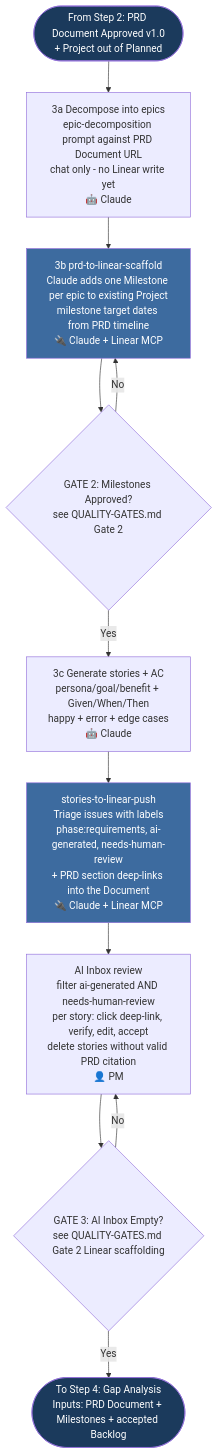
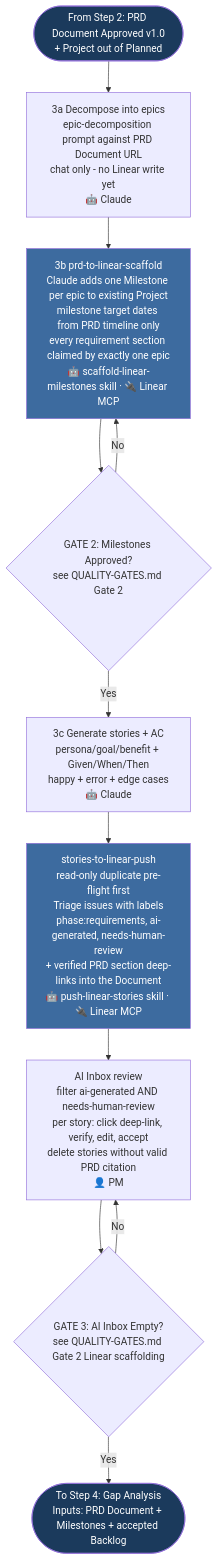
The fourth of 6 diagrams in aidlc-phases/01-requirement-gathering/FLOWCHART.md (kalpat-allion/ai-dlc), drawn with Mermaid before and after one commit. The commit also changed other lines of this file and 14 other files, not shown here.

````diff
--- a/aidlc-phases/01-requirement-gathering/FLOWCHART.md
+++ b/aidlc-phases/01-requirement-gathering/FLOWCHART.md
@@ -129,23 +129,23 @@
 ```mermaid
 flowchart TD
     S_IN([From Step 2: PRD Document Approved v1.0<br/>+ Project out of Planned]) --> S3A
 
     S3A[3a Decompose into epics<br/>epic-decomposition prompt against PRD Document URL<br/>chat only - no Linear write yet<br/>🤖 Claude] --> S3B
-    S3B[3b prd-to-linear-scaffold<br/>Claude adds one Milestone per epic to existing Project<br/>milestone target dates from PRD timeline<br/>🔌 Claude + Linear MCP] --> G2
+    S3B[3b prd-to-linear-scaffold<br/>Claude adds one Milestone per epic to existing Project<br/>milestone target dates from PRD timeline only<br/>every requirement section claimed by exactly one epic<br/>🤖 scaffold-linear-milestones skill · 🔌 Linear MCP] --> G2
 
     G2{GATE 2: Milestones Approved?<br/>see QUALITY-GATES.md Gate 2}
     G2 -- No --> S3B
     G2 -- Yes --> S3C[3c Generate stories + AC<br/>persona/goal/benefit + Given/When/Then<br/>happy + error + edge cases<br/>🤖 Claude]
 
-    S3C --> PUSH[stories-to-linear-push<br/>Triage issues with labels<br/>phase:requirements, ai-generated, needs-human-review<br/>+ PRD section deep-links into the Document<br/>🔌 Claude + Linear MCP]
+    S3C --> PUSH[stories-to-linear-push<br/>read-only duplicate pre-flight first<br/>Triage issues with labels<br/>phase:requirements, ai-generated, needs-human-review<br/>+ verified PRD section deep-links into the Document<br/>🤖 push-linear-stories skill · 🔌 Linear MCP]
     PUSH --> INBOX[AI Inbox review<br/>filter ai-generated AND needs-human-review<br/>per story: click deep-link, verify, edit, accept<br/>delete stories without valid PRD citation<br/>👤 PM]
     INBOX --> G3{GATE 3: AI Inbox Empty?<br/>see QUALITY-GATES.md Gate 2 Linear scaffolding}
 
     G3 -- No --> INBOX
     G3 -- Yes --> S_OUT([To Step 4: Gap Analysis<br/>Inputs: PRD Document + Milestones + accepted Backlog])
 
     style S_IN fill:#1B3A5C,color:#fff
     style S_OUT fill:#1B3A5C,color:#fff
     style S3B fill:#3D6B9F,color:#fff
     style PUSH fill:#3D6B9F,color:#fff
 ```
````
